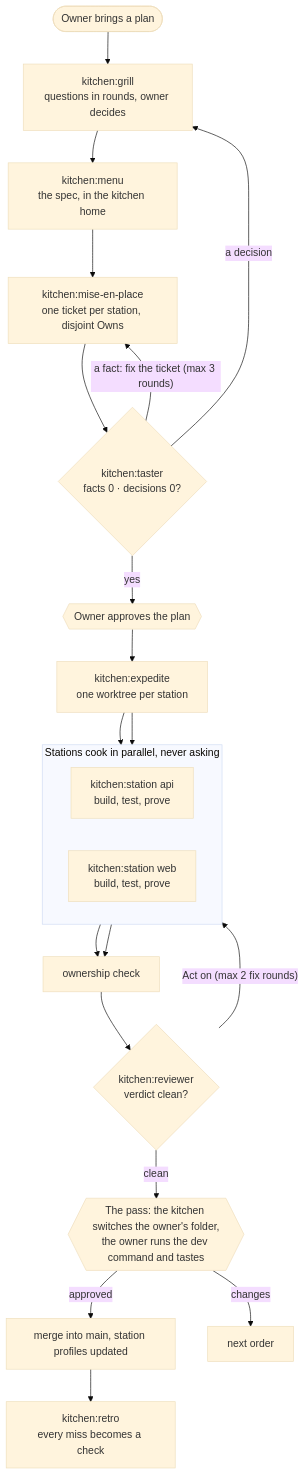
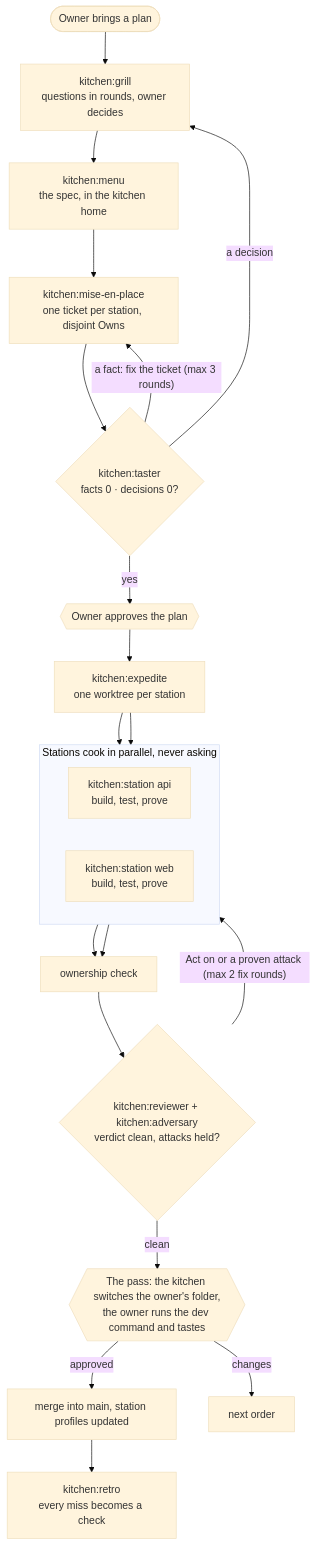
One commit to iagormoraes/kitchen-agents changed the diagram in README.md. Above: the diagram before and after it, drawn with Mermaid (base theme). The commit also changed other lines of this file and 13 other files, not shown here.

````diff
--- a/README.md
+++ b/README.md
@@ -13,24 +13,24 @@
 ```mermaid
 flowchart TD
     PLAN(["Owner brings a plan"]) --> GRILL["kitchen:grill<br/>questions in rounds, owner decides"]
     GRILL --> MENU["kitchen:menu<br/>the spec, in the kitchen home"]
     MENU --> MISE["kitchen:mise-en-place<br/>one ticket per station, disjoint Owns"]
     MISE --> TASTER{"kitchen:taster<br/>facts 0 · decisions 0?"}
     TASTER -- "a fact: fix the ticket (max 3 rounds)" --> MISE
     TASTER -- "a decision" --> GRILL
     TASTER -- "yes" --> APPROVE{{"Owner approves the plan"}}
     APPROVE --> EXPEDITE["kitchen:expedite<br/>one worktree per station"]
     subgraph COOK ["Stations cook in parallel, never asking"]
         direction LR
         S1["kitchen:station api<br/>build, test, prove"]
         S2["kitchen:station web<br/>build, test, prove"]
     end
     EXPEDITE --> S1 & S2
     S1 & S2 --> OWN["ownership check"]
-    OWN --> REVIEW{"kitchen:reviewer<br/>verdict clean?"}
-    REVIEW -- "Act on (max 2 fix rounds)" --> COOK
+    OWN --> REVIEW{"kitchen:reviewer + kitchen:adversary<br/>verdict clean, attacks held?"}
+    REVIEW -- "Act on or a proven attack (max 2 fix rounds)" --> COOK
     REVIEW -- "clean" --> PASS{{"The pass: the kitchen switches the owner's folder,<br/>the owner runs the dev command and tastes"}}
     PASS -- "approved" --> OUT["merge into main, station profiles updated"]
     PASS -- "changes" --> NEXT["next order"]
     OUT --> RETRO["kitchen:retro<br/>every miss becomes a check"]
 ```
````
